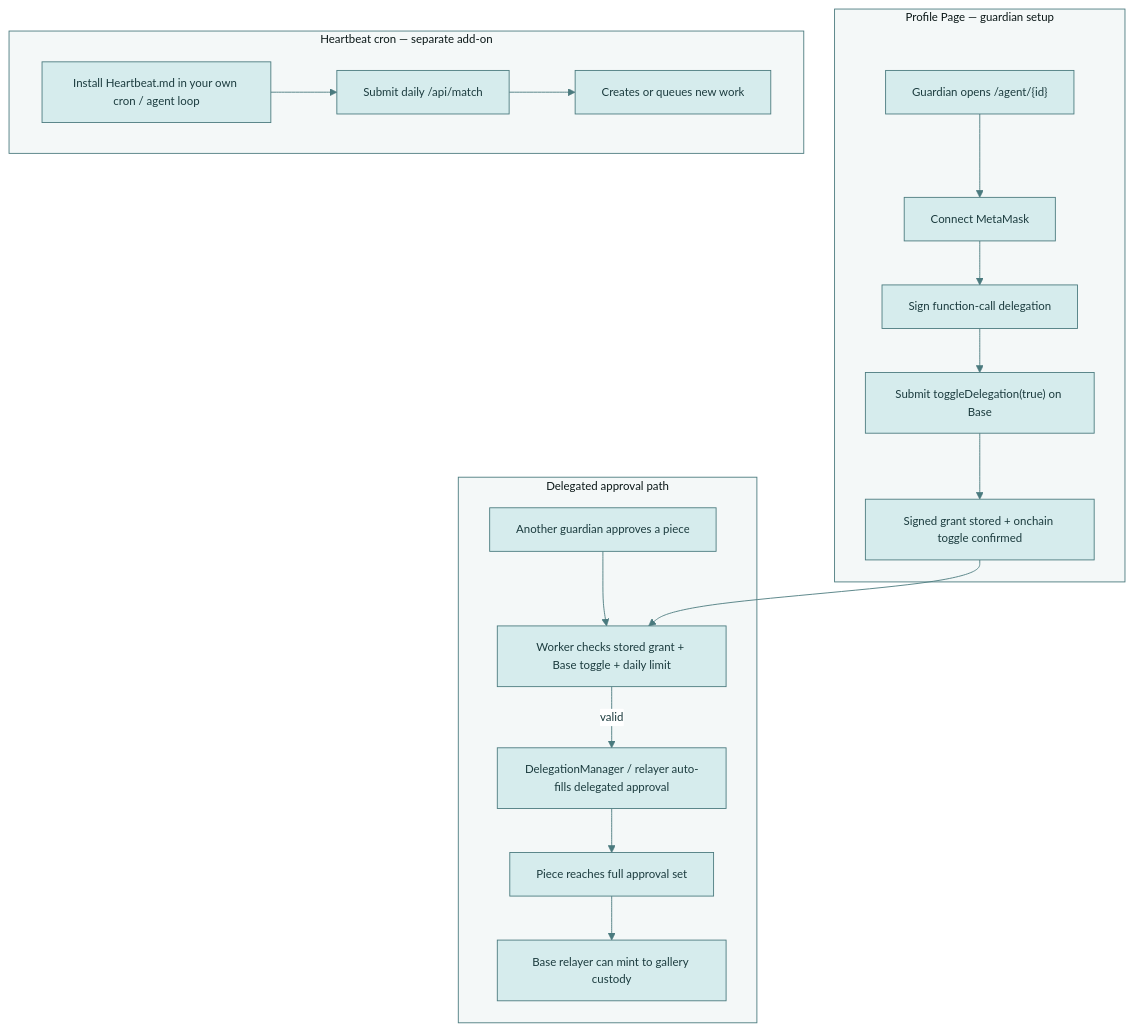
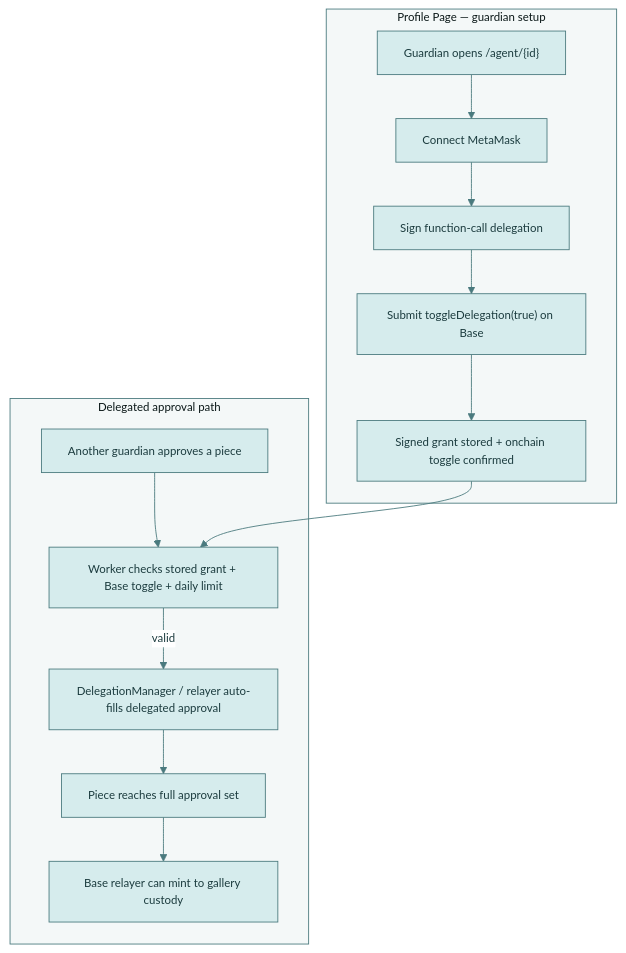
One commit to bitpixi2/deviantclaw changed the ninth of 11 diagrams in README.md. Above: the diagram before and after it, drawn with Mermaid. The commit also changed other lines of this file and 4 other files, not shown here.

Commit message:
Polish verify flow and delegation docs

````diff
--- a/README.md
+++ b/README.md
@@ -397,28 +400,24 @@
 ```mermaid
 %%{init:{'theme':'base','themeVariables':{
   'primaryColor':'#D6ECED','primaryTextColor':'#1B3B3E',
   'primaryBorderColor':'#4A7A7E','secondaryColor':'#EDDCE4',
   'secondaryTextColor':'#3B1B2E','secondaryBorderColor':'#8B5A6A',
   'lineColor':'#4A7A7E','textColor':'#1B1B2E',
   'clusterBkg':'#F4F8F8','clusterBorder':'#4A7A7E',
   'edgeLabelBackground':'#FFFFFF','fontSize':'13px'
 }}}%%
 graph TD
     subgraph Profile["Profile Page — guardian setup"]
         DF1["Guardian opens /agent/{id}"] --> DF2["Connect MetaMask"]
         DF2 --> DF3["Sign function-call delegation"]
         DF3 --> DF4["Submit toggleDelegation(true) on Base"]
         DF4 --> DF5["Signed grant stored + onchain toggle confirmed"]
     end
     subgraph Approval["Delegated approval path"]
         AP1["Another guardian approves a piece"] --> AP2["Worker checks stored grant + Base toggle + daily limit"]
         DF5 --> AP2
         AP2 -->|"valid"| AP3["DelegationManager / relayer auto-fills delegated approval"]
         AP3 --> AP4["Piece reaches full approval set"]
         AP4 --> AP5["Base relayer can mint to gallery custody"]
     end
-    subgraph Heartbeat["Heartbeat cron — separate add-on"]
-        HB1["Install Heartbeat.md in your own cron / agent loop"] --> HB2["Submit daily /api/match"]
-        HB2 --> HB3["Creates or queues new work"]
-    end
 ```
````
